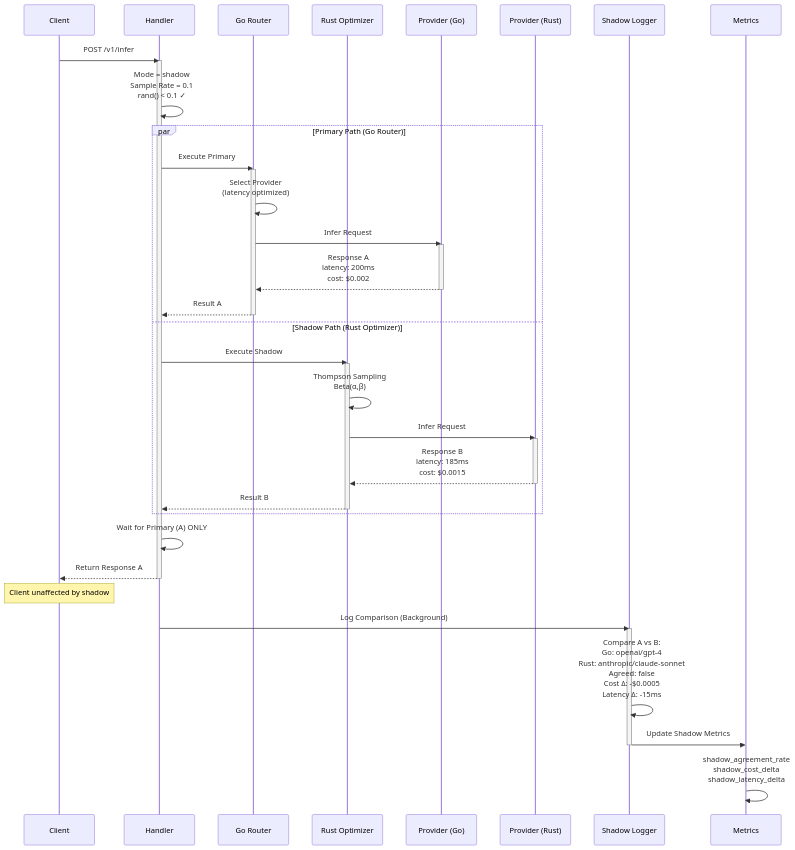
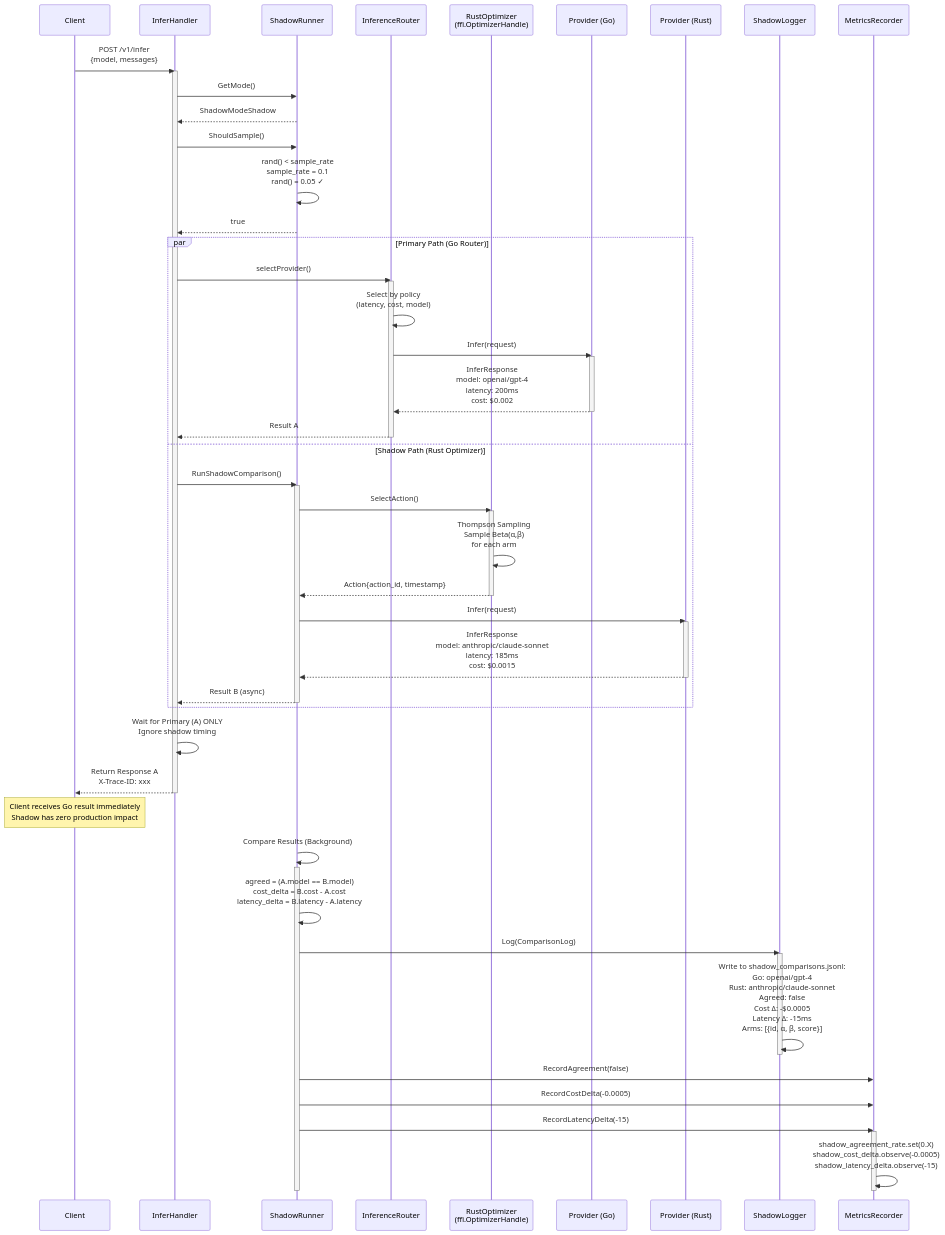
Before and after one commit to rapture-fx/igris: the diagram in docs/diagrams/04-shadow-mode-detail.mmd, drawn with Mermaid. The commit also changed 12 other files, not shown here.

```diff
--- a/docs/diagrams/04-shadow-mode-detail.mmd
+++ b/docs/diagrams/04-shadow-mode-detail.mmd
@@ -1,52 +1,73 @@
-    %% Shadow Mode: Parallel Testing Without Production Impact
+%% Shadow Mode: Parallel Testing Without Production Impact
+%% Based on internal/inference/optimizer/shadow/shadow_runner.go
+%% Updated: 2025-10-20 - Synchronized with codebase
 
-    sequenceDiagram
-        participant C as Client
-        participant H as Handler
-        participant Go as Go Router
-        participant Rust as Rust Optimizer
-        participant P1 as Provider (Go)
-        participant P2 as Provider (Rust)
-        participant L as Shadow Logger
-        participant M as Metrics
+sequenceDiagram
+    participant C as Client
+    participant H as InferHandler
+    participant SR as ShadowRunner
+    participant IR as InferenceRouter
+    participant RO as RustOptimizer<br/>(ffi.OptimizerHandle)
+    participant P1 as Provider (Go)
+    participant P2 as Provider (Rust)
+    participant L as ShadowLogger
+    participant M as MetricsRecorder
 
-        C->>H: POST /v1/infer
-        activate H
+    C->>H: POST /v1/infer<br/>{model, messages}
+    activate H
 
-        H->>H: Mode = shadow<br/>Sample Rate = 0.1<br/>rand() < 0.1 ✓
+    H->>SR: GetMode()
+    SR-->>H: ShadowModeShadow
+    H->>SR: ShouldSample()
+    SR->>SR: rand() < sample_rate<br/>sample_rate = 0.1<br/>rand() = 0.05 ✓
+    SR-->>H: true
 
-        par Primary Path (Go Router)
-            H->>Go: Execute Primary
-            activate Go
-            Go->>Go: Select Provider<br/>(latency optimized)
-            Go->>P1: Infer Request
-            activate P1
-            P1-->>Go: Response A<br/>latency: 200ms<br/>cost: $0.002
-            deactivate P1
-            Go-->>H: Result A
-            deactivate Go
-        and Shadow Path (Rust Optimizer)
-            H->>Rust: Execute Shadow
-            activate Rust
-            Rust->>Rust: Thompson Sampling<br/>Beta(α,β)
-            Rust->>P2: Infer Request
-            activate P2
-            P2-->>Rust: Response B<br/>latency: 185ms<br/>cost: $0.0015
-            deactivate P2
-            Rust-->>H: Result B
-            deactivate Rust
-        end
+    par Primary Path (Go Router)
+        H->>IR: selectProvider()
+        activate IR
+        IR->>IR: Select by policy<br/>(latency, cost, model)
+        IR->>P1: Infer(request)
+        activate P1
+        P1-->>IR: InferResponse<br/>model: openai/gpt-4<br/>latency: 200ms<br/>cost: $0.002
+        deactivate P1
+        IR-->>H: Result A
+        deactivate IR
+    and Shadow Path (Rust Optimizer)
+        H->>SR: RunShadowComparison()
+        activate SR
+        SR->>RO: SelectAction()
+        activate RO
+        RO->>RO: Thompson Sampling<br/>Sample Beta(α,β)<br/>for each arm
+        RO-->>SR: Action{action_id, timestamp}
+        deactivate RO
+        SR->>P2: Infer(request)
+        activate P2
+        P2-->>SR: InferResponse<br/>model: anthropic/claude-sonnet<br/>latency: 185ms<br/>cost: $0.0015
+        deactivate P2
+        SR-->>H: Result B (async)
+        deactivate SR
+    end
 
-        H->>H: Wait for Primary (A) ONLY
-        H-->>C: Return Response A
-        deactivate H
+    H->>H: Wait for Primary (A) ONLY<br/>Ignore shadow timing
+    H-->>C: Return Response A<br/>X-Trace-ID: xxx
+    deactivate H
 
-        Note over C: Client unaffected by shadow
+    Note over C: Client receives Go result immediately<br/>Shadow has zero production impact
 
-        H->>L: Log Comparison (Background)
-        activate L
-        L->>L: Compare A vs B:<br/>Go: openai/gpt-4<br/>Rust: anthropic/claude-sonnet<br/>Agreed: false<br/>Cost Δ: -$0.0005<br/>Latency Δ: -15ms
-        L->>M: Update Shadow Metrics
-        deactivate L
+    SR->>SR: Compare Results (Background)
+    activate SR
+    SR->>SR: agreed = (A.model == B.model)<br/>cost_delta = B.cost - A.cost<br/>latency_delta = B.latency - A.latency
 
-        M->>M: shadow_agreement_rate<br/>shadow_cost_delta<br/>shadow_latency_delta
+    SR->>L: Log(ComparisonLog)
+    activate L
+    L->>L: Write to shadow_comparisons.jsonl:<br/>Go: openai/gpt-4<br/>Rust: anthropic/claude-sonnet<br/>Agreed: false<br/>Cost Δ: -$0.0005<br/>Latency Δ: -15ms<br/>Arms: [{id, α, β, score}]
+    deactivate L
+
+    SR->>M: RecordAgreement(false)
+    SR->>M: RecordCostDelta(-0.0005)
+    SR->>M: RecordLatencyDelta(-15)
+    activate M
+    M->>M: shadow_agreement_rate.set(0.X)<br/>shadow_cost_delta.observe(-0.0005)<br/>shadow_latency_delta.observe(-15)
+    deactivate M
+
+    deactivate SR
```
